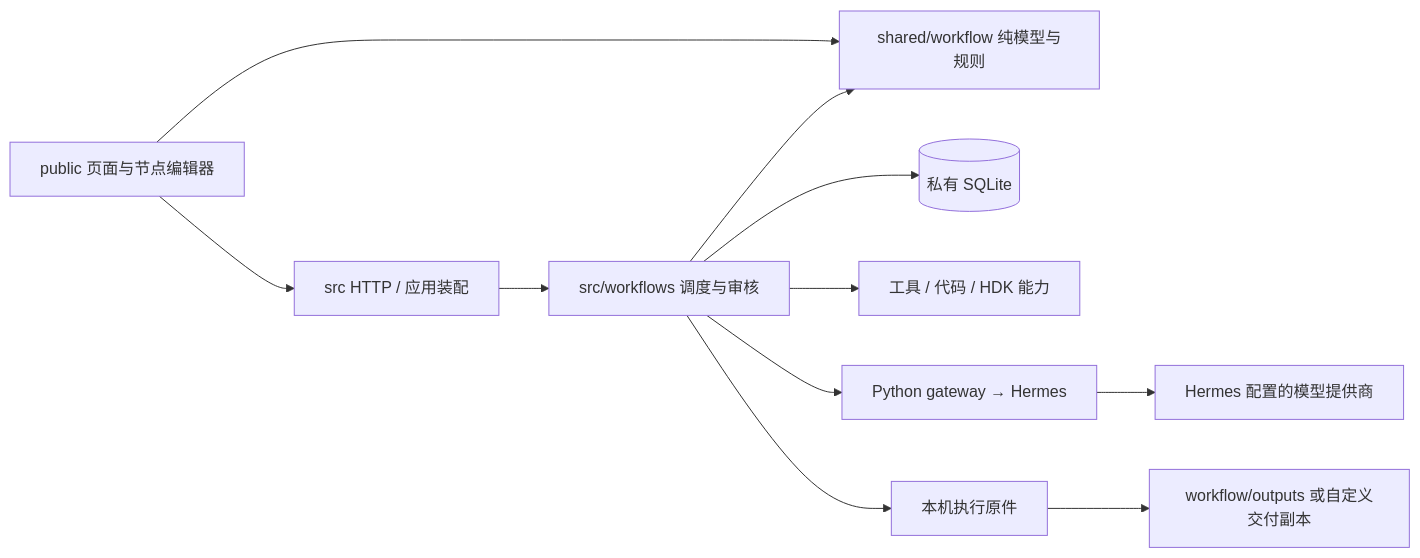
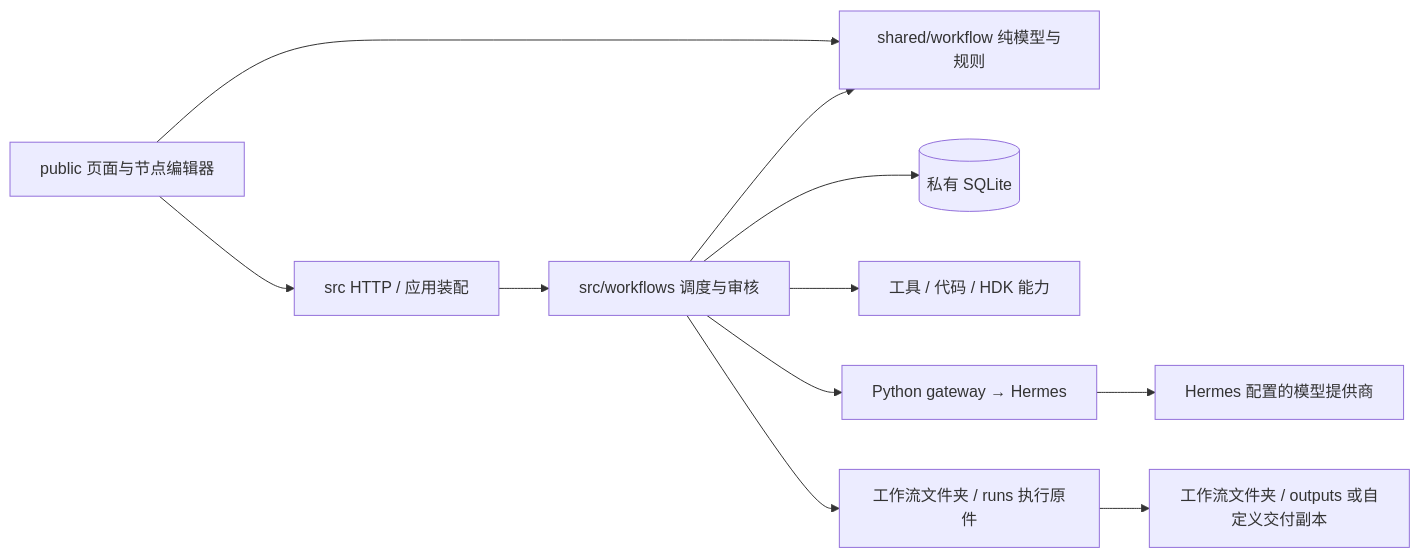
The diagram in workbench/docs/architecture.md (geekheart/NodeOrchard), drawn with Mermaid before and after one commit. The commit also changed other lines of this file and 51 other files, not shown here.

````diff
--- a/workbench/docs/architecture.md
+++ b/workbench/docs/architecture.md
@@ -15,13 +15,13 @@
 ```mermaid
 flowchart LR
   UI["public 页面与节点编辑器"] --> APP["src HTTP / 应用装配"]
   UI --> DOMAIN["shared/workflow 纯模型与规则"]
   APP --> ENGINE["src/workflows 调度与审核"]
   ENGINE --> DOMAIN
   ENGINE --> DB[("私有 SQLite")]
   ENGINE --> TOOLS["工具 / 代码 / HDK 能力"]
   ENGINE --> HERMES["Python gateway → Hermes"]
   HERMES --> MODEL["Hermes 配置的模型提供商"]
-  ENGINE --> ORIGINALS["本机执行原件"]
-  ORIGINALS --> DELIVERY["workflow/outputs 或自定义交付副本"]
+  ENGINE --> ORIGINALS["工作流文件夹 / runs 执行原件"]
+  ORIGINALS --> DELIVERY["工作流文件夹 / outputs 或自定义交付副本"]
 ```
````
